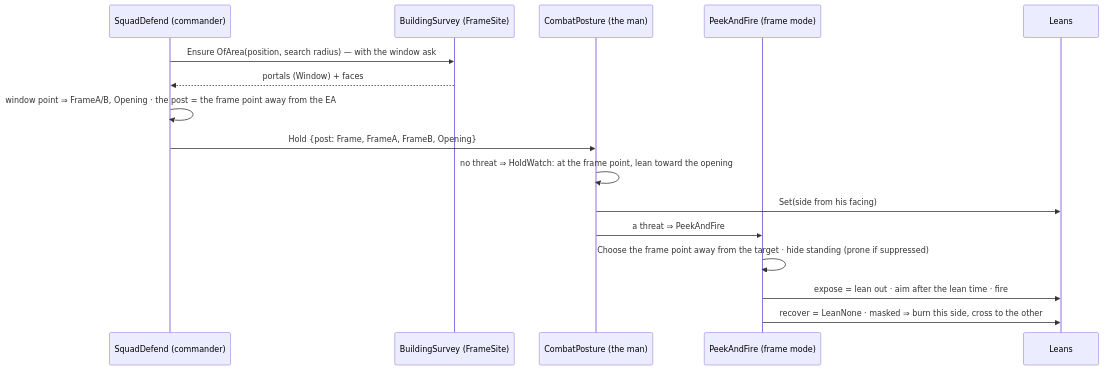
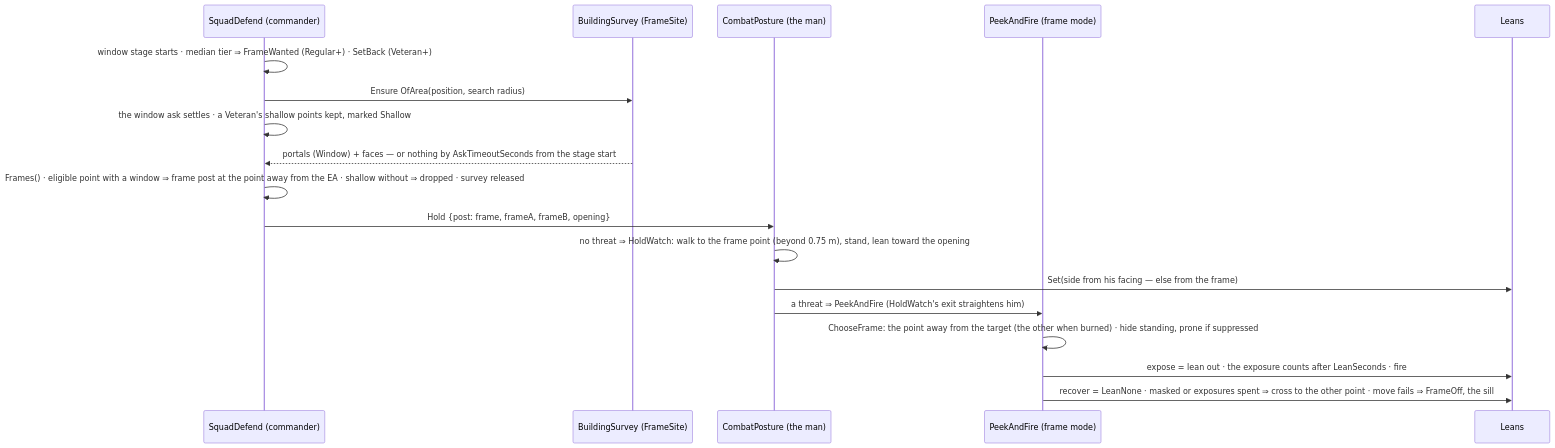
Diagram 26 of 54 in docs/designs/group-maneuvers/DESIGN_Defend_And_Attack_Position.md (pjanec/HROT), drawn with Mermaid before and after one commit. The commit also changed other lines of this file and 12 other files, not shown here.

````diff
--- a/docs/designs/group-maneuvers/DESIGN_Defend_And_Attack_Position.md
+++ b/docs/designs/group-maneuvers/DESIGN_Defend_And_Attack_Position.md
@@ -1006,18 +1011,20 @@
 ```mermaid
 sequenceDiagram
   participant SQ as SquadDefend (commander)
   participant WS as BuildingSurvey (FrameSite)
   participant M as CombatPosture (the man)
   participant PF as PeekAndFire (frame mode)
   participant L as Leans
-  SQ->>WS: Ensure OfArea(position, search radius) — with the window ask
-  WS-->>SQ: portals (Window) + faces
-  SQ->>SQ: window point ⇒ FrameA/B, Opening · the post = the frame point away from the EA
-  SQ->>M: Hold {post: Frame, FrameA, FrameB, Opening}
-  M->>M: no threat ⇒ HoldWatch: at the frame point, lean toward the opening
-  M->>L: Set(side from his facing)
-  M->>PF: a threat ⇒ PeekAndFire
-  PF->>PF: Choose the frame point away from the target · hide standing (prone if suppressed)
-  PF->>L: expose = lean out · aim after the lean time · fire
-  PF->>L: recover = LeanNone · masked ⇒ burn this side, cross to the other
+  SQ->>SQ: window stage starts · median tier ⇒ FrameWanted (Regular+) · SetBack (Veteran+)
+  SQ->>WS: Ensure OfArea(position, search radius)
+  SQ->>SQ: the window ask settles · a Veteran's shallow points kept, marked Shallow
+  WS-->>SQ: portals (Window) + faces — or nothing by AskTimeoutSeconds from the stage start
+  SQ->>SQ: Frames() · eligible point with a window ⇒ frame post at the point away from the EA · shallow without ⇒ dropped · survey released
+  SQ->>M: Hold {post: frame, frameA, frameB, opening}
+  M->>M: no threat ⇒ HoldWatch: walk to the frame point (beyond 0.75 m), stand, lean toward the opening
+  M->>L: Set(side from his facing — else from the frame)
+  M->>PF: a threat ⇒ PeekAndFire (HoldWatch's exit straightens him)
+  PF->>PF: ChooseFrame: the point away from the target (the other when burned) · hide standing, prone if suppressed
+  PF->>L: expose = lean out · the exposure counts after LeanSeconds · fire
+  PF->>L: recover = LeanNone · masked or exposures spent ⇒ cross to the other point · move fails ⇒ FrameOff, the sill
 ```
````
